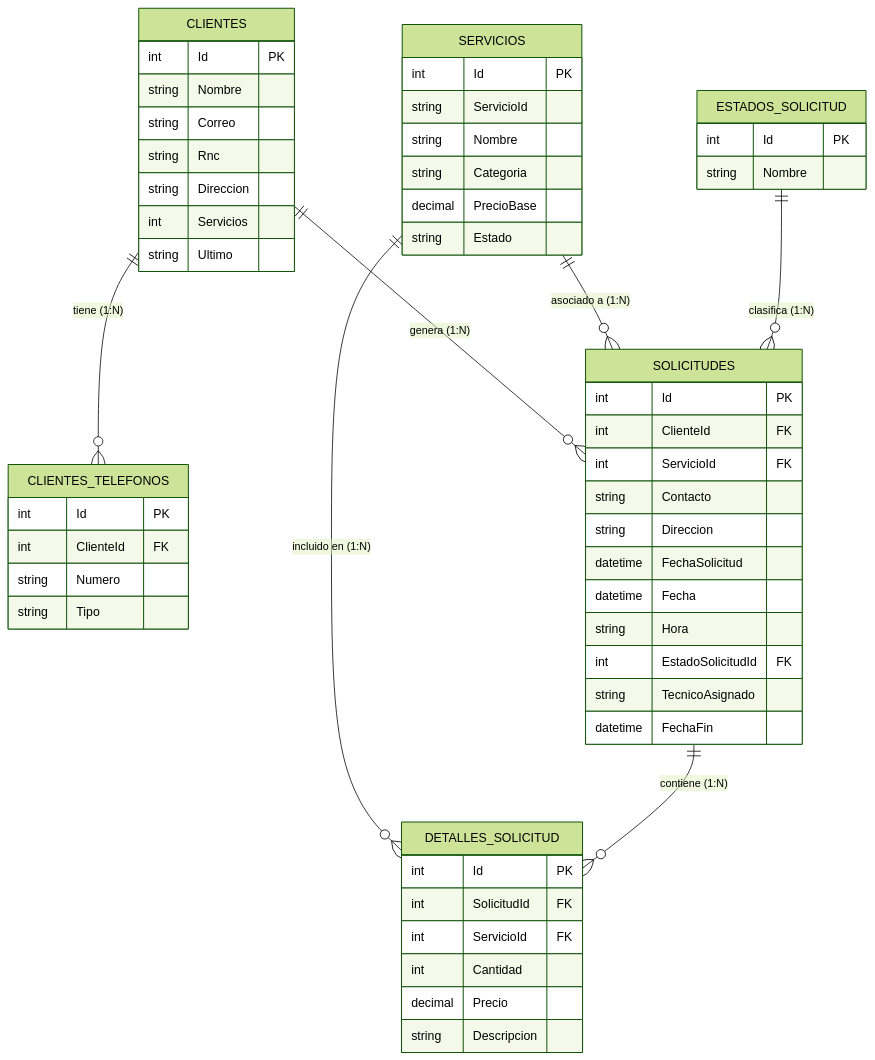
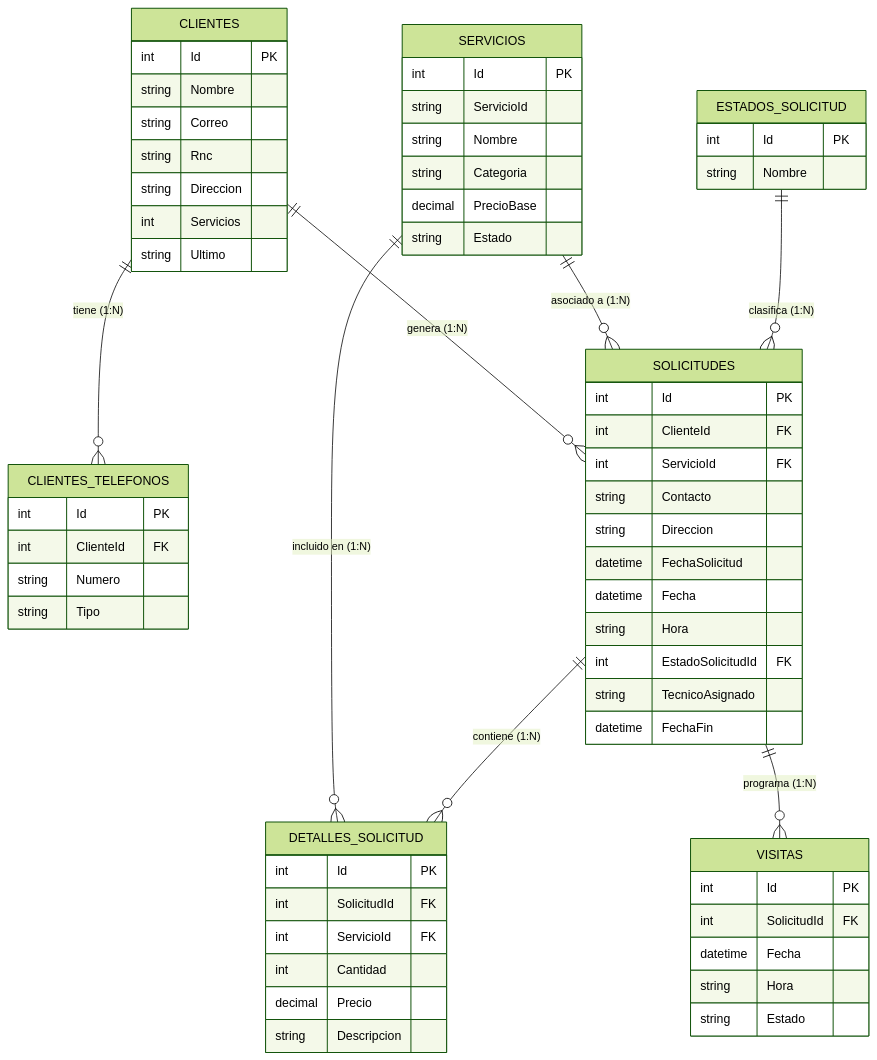
Before and after one commit to Je1sonAmparo/ElectroGestion: the diagram in README.md, drawn with Mermaid (forest theme). The commit also changed other lines of this file and 3 other files, not shown here.

````diff
--- a/README.md
+++ b/README.md
@@ -75,63 +75,72 @@
 ```mermaid
 erDiagram
     CLIENTES ||--o{ CLIENTES_TELEFONOS : "tiene (1:N)"
     CLIENTES ||--o{ SOLICITUDES : "genera (1:N)"
     SERVICIOS ||--o{ SOLICITUDES : "asociado a (1:N)"
     SERVICIOS ||--o{ DETALLES_SOLICITUD : "incluido en (1:N)"
     ESTADOS_SOLICITUD ||--o{ SOLICITUDES : "clasifica (1:N)"
     SOLICITUDES ||--o{ DETALLES_SOLICITUD : "contiene (1:N)"
+    SOLICITUDES ||--o{ VISITAS : "programa (1:N)"
 
     CLIENTES {
         int Id PK
         string Nombre
         string Correo
         string Rnc
         string Direccion
         int Servicios
         string Ultimo
     }
 
     CLIENTES_TELEFONOS {
         int Id PK
         int ClienteId FK
         string Numero
         string Tipo
     }
 
     SERVICIOS {
         int Id PK
         string ServicioId
         string Nombre
         string Categoria
         decimal PrecioBase
         string Estado
     }
 
     ESTADOS_SOLICITUD {
         int Id PK
         string Nombre
     }
 
     SOLICITUDES {
         int Id PK
         int ClienteId FK
         int ServicioId FK
         string Contacto
         string Direccion
         datetime FechaSolicitud
         datetime Fecha
         string Hora
         int EstadoSolicitudId FK
         string TecnicoAsignado
         datetime FechaFin
     }
 
+    VISITAS {
+        int Id PK
+        int SolicitudId FK
+        datetime Fecha
+        string Hora
+        string Estado
+    }
+
     DETALLES_SOLICITUD {
         int Id PK
         int SolicitudId FK
         int ServicioId FK
         int Cantidad
         decimal Precio
         string Descripcion
     }
 ```
````
